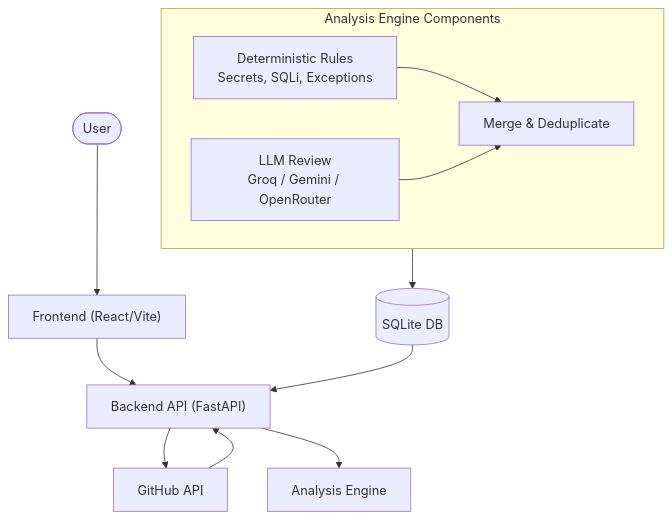
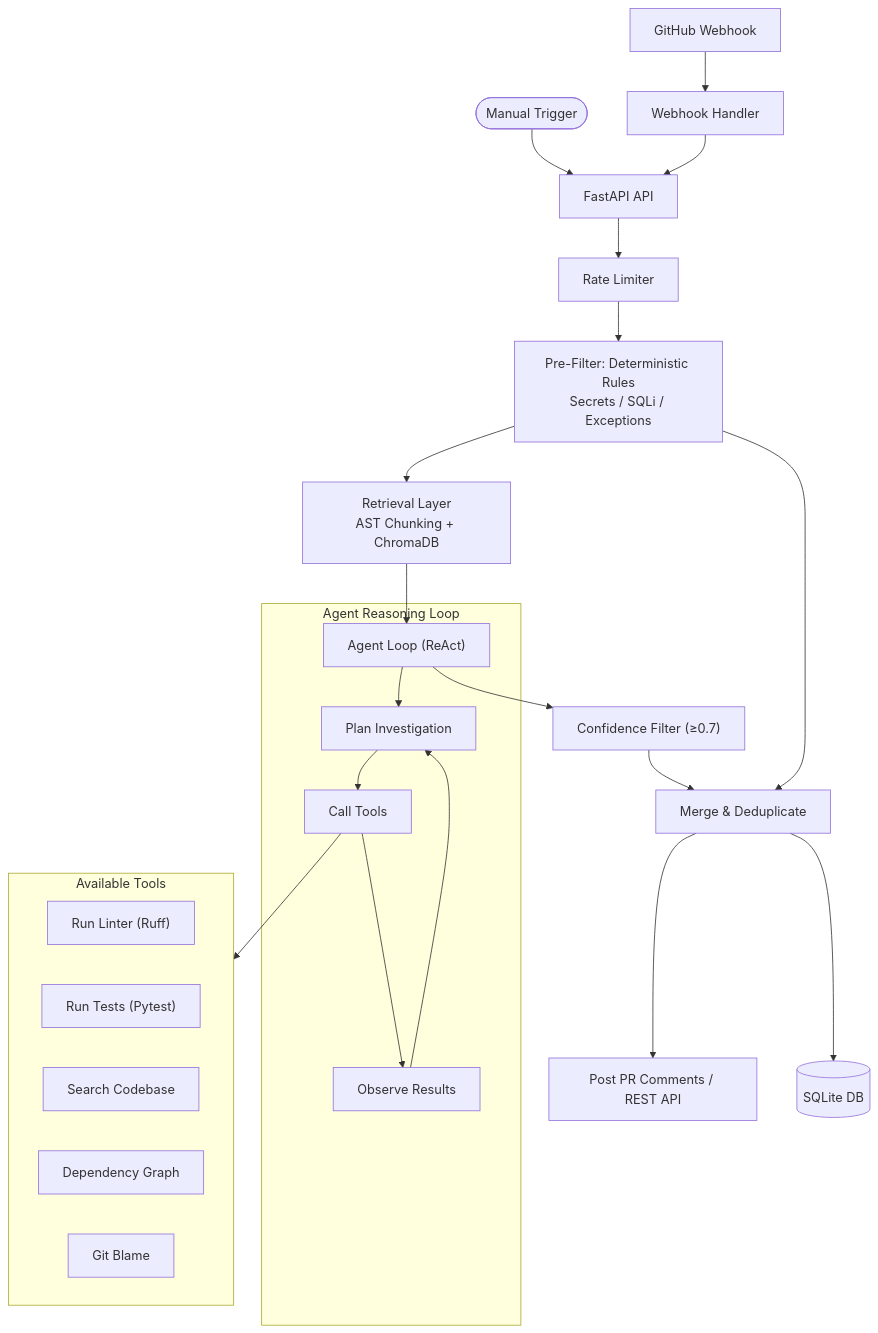
One commit to m-anojr/code-review-agent changed the diagram in README.md. Above: the diagram before and after it, drawn with Mermaid. The commit also changed other lines of this file and 16 other files, not shown here.

````diff
--- a/README.md
+++ b/README.md
@@ -21,19 +21,35 @@
 ```mermaid
 flowchart TD
-    User(["User"]) --> UI["Frontend (React/Vite)"]
-    UI --> API["Backend API (FastAPI)"]
-    API --> GitHub["GitHub API"]
-    GitHub --> API
-    
-    API --> Engine["Analysis Engine"]
-    
-    subgraph EngineSubgraph ["Analysis Engine Components"]
-        Rules["Deterministic Rules<br>Secrets, SQLi, Exceptions"]
-        LLM["LLM Review<br>Groq / Gemini / OpenRouter"]
-        Rules --> Merge["Merge & Deduplicate"]
-        LLM --> Merge
+    GH["GitHub Webhook"] --> WH["Webhook Handler"]
+    User(["Manual Trigger"]) --> API["FastAPI API"]
+    WH --> API
+
+    API --> RL["Rate Limiter"]
+    RL --> Rules["Pre-Filter: Deterministic Rules<br>Secrets / SQLi / Exceptions"]
+
+    Rules --> Retrieval["Retrieval Layer<br>AST Chunking + ChromaDB"]
+    Retrieval --> Agent["Agent Loop (ReAct)"]
+
+    subgraph AgentLoop ["Agent Reasoning Loop"]
+        Agent --> Plan["Plan Investigation"]
+        Plan --> Tools["Call Tools"]
+        Tools --> Observe["Observe Results"]
+        Observe --> Plan
     end
-    
-    EngineSubgraph --> DB[("SQLite DB")]
-    DB --> API
+
+    subgraph ToolBox ["Available Tools"]
+        Linter["Run Linter (Ruff)"]
+        Tests["Run Tests (Pytest)"]
+        Search["Search Codebase"]
+        Deps["Dependency Graph"]
+        Blame["Git Blame"]
+    end
+
+    Tools --> ToolBox
+
+    Agent --> Filter["Confidence Filter (≥0.7)"]
+    Filter --> Dedup["Merge & Deduplicate"]
+    Rules --> Dedup
+    Dedup --> Output["Post PR Comments / REST API"]
+    Dedup --> DB[("SQLite DB")]
 ```
````
